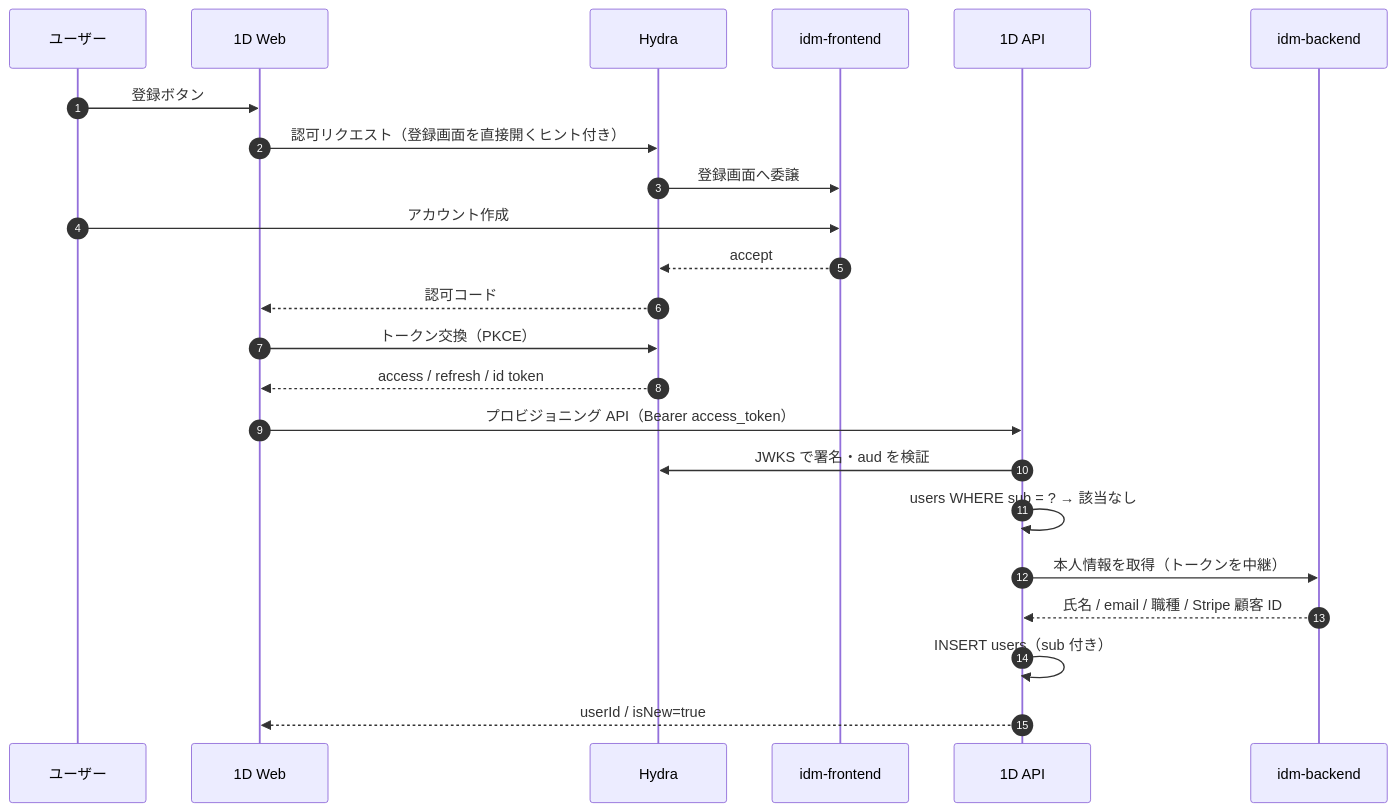
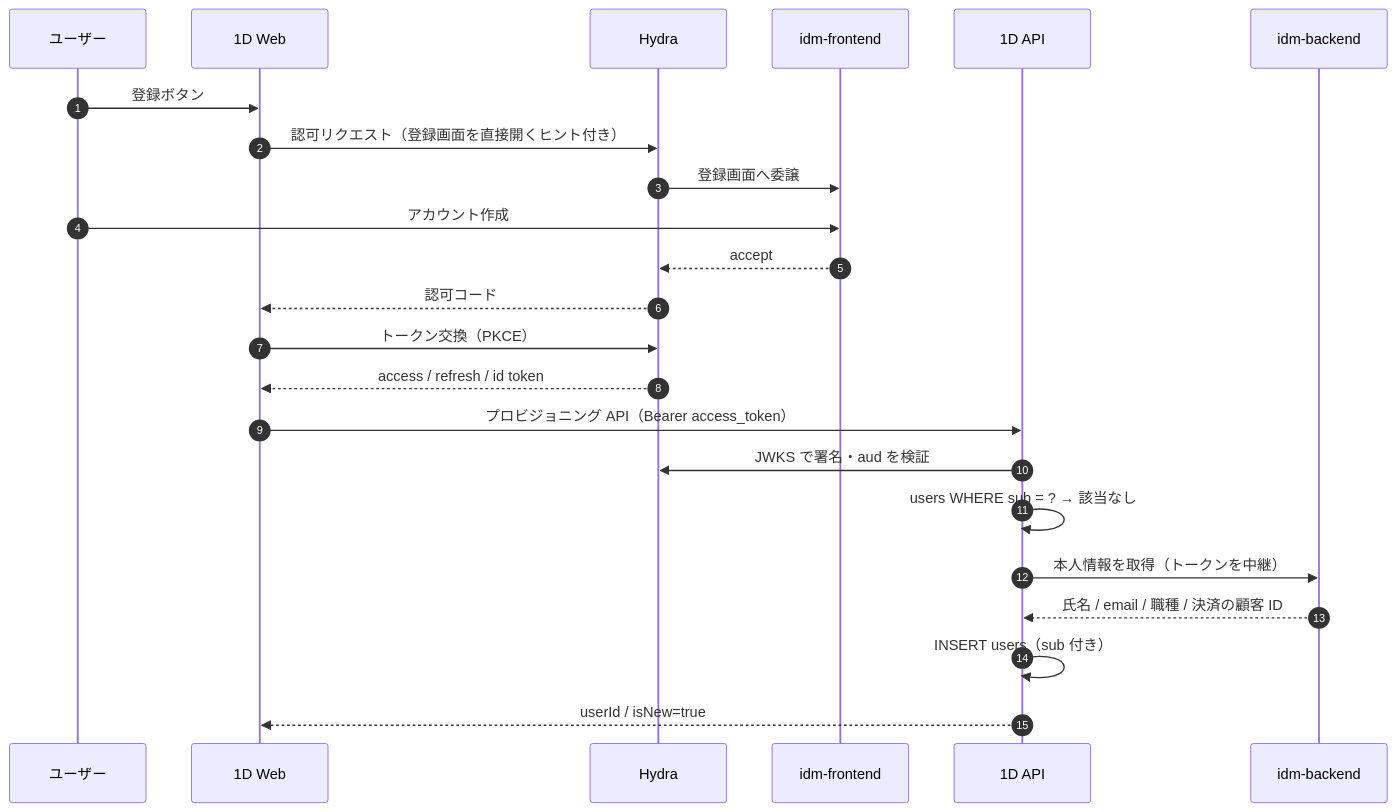
Before and after one commit to kamayla/zenn-content: the second of 2 diagrams in articles/oned-idp-hydra-migration.md, drawn with Mermaid. The commit also changed other lines of this file, not shown here.

````diff
--- a/articles/oned-idp-hydra-migration.md
+++ b/articles/oned-idp-hydra-migration.md
@@ -166,26 +171,26 @@
 ```mermaid
 sequenceDiagram
     autonumber
     participant U as ユーザー
     participant RP as 1D Web
     participant H as Hydra
     participant F as idm-frontend
     participant G as 1D API
     participant M as idm-backend
 
     U->>RP: 登録ボタン
     RP->>H: 認可リクエスト（登録画面を直接開くヒント付き）
     H->>F: 登録画面へ委譲
     U->>F: アカウント作成
     F-->>H: accept
     H-->>RP: 認可コード
     RP->>H: トークン交換（PKCE）
     H-->>RP: access / refresh / id token
     RP->>G: プロビジョニング API（Bearer access_token）
     G->>H: JWKS で署名・aud を検証
     G->>G: users WHERE sub = ? → 該当なし
     G->>M: 本人情報を取得（トークンを中継）
-    M-->>G: 氏名 / email / 職種 / Stripe 顧客 ID
+    M-->>G: 氏名 / email / 職種 / 決済の顧客 ID
     G->>G: INSERT users（sub 付き）
     G-->>RP: userId / isNew=true
 ```
````
